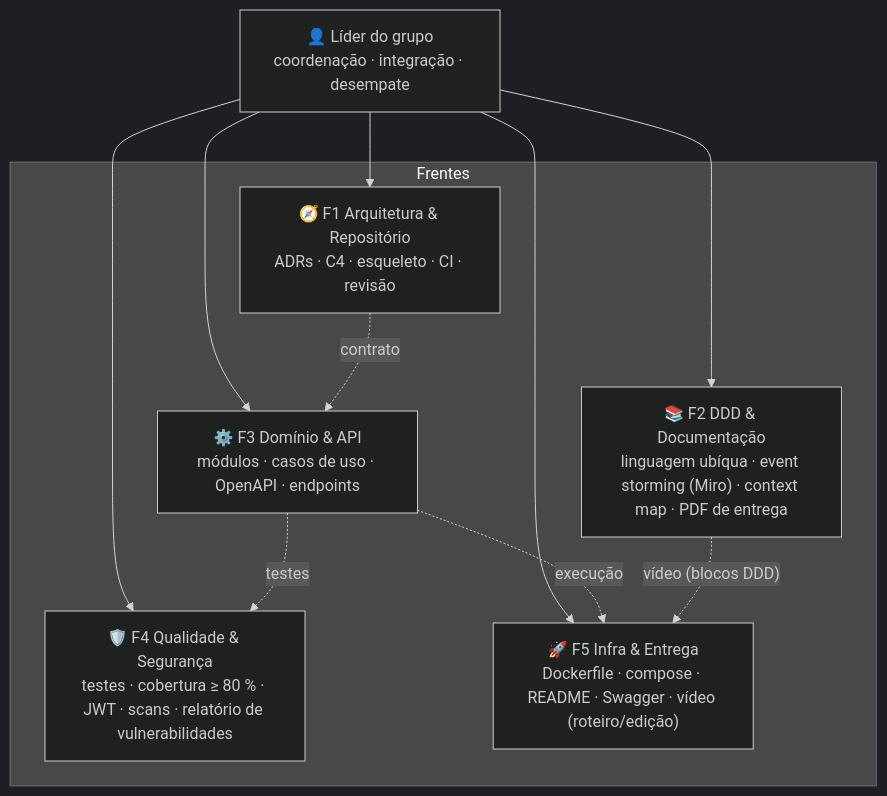
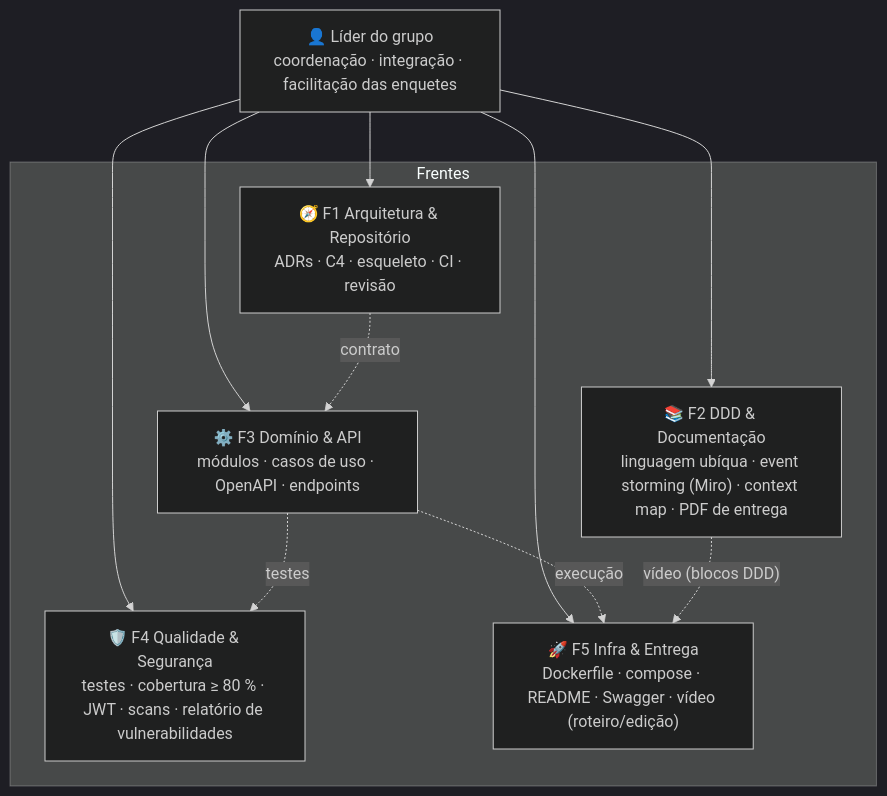
Before and after one commit to HermandoThiago/FIAP-SOAT: the first of 2 diagrams in docs/00-guia-do-grupo/frentes-e-responsabilidades.md, drawn with Mermaid (dark theme). The commit also changed 3 other files, not shown here.

````diff
--- a/docs/00-guia-do-grupo/frentes-e-responsabilidades.md
+++ b/docs/00-guia-do-grupo/frentes-e-responsabilidades.md
@@ -22,20 +22,20 @@
 ```mermaid
 flowchart TB
-    L["👤 Líder do grupo<br/>coordenação · integração · desempate"]
+    L["👤 Líder do grupo<br/>coordenação · integração · facilitação das enquetes"]
     L --> F1
     L --> F2
     L --> F3
     L --> F4
     L --> F5
     subgraph Frentes
         F1["🧭 F1 Arquitetura & Repositório<br/>ADRs · C4 · esqueleto · CI · revisão"]
         F2["📚 F2 DDD & Documentação<br/>linguagem ubíqua · event storming (Miro) · context map · PDF de entrega"]
         F3["⚙️ F3 Domínio & API<br/>módulos · casos de uso · OpenAPI · endpoints"]
         F4["🛡️ F4 Qualidade & Segurança<br/>testes · cobertura ≥ 80 % · JWT · scans · relatório de vulnerabilidades"]
         F5["🚀 F5 Infra & Entrega<br/>Dockerfile · compose · README · Swagger · vídeo (roteiro/edição)"]
     end
     F1 -. "contrato" .-> F3
     F3 -. "testes" .-> F4
     F3 -. "execução" .-> F5
     F2 -. "vídeo (blocos DDD)" .-> F5
 ```
````
